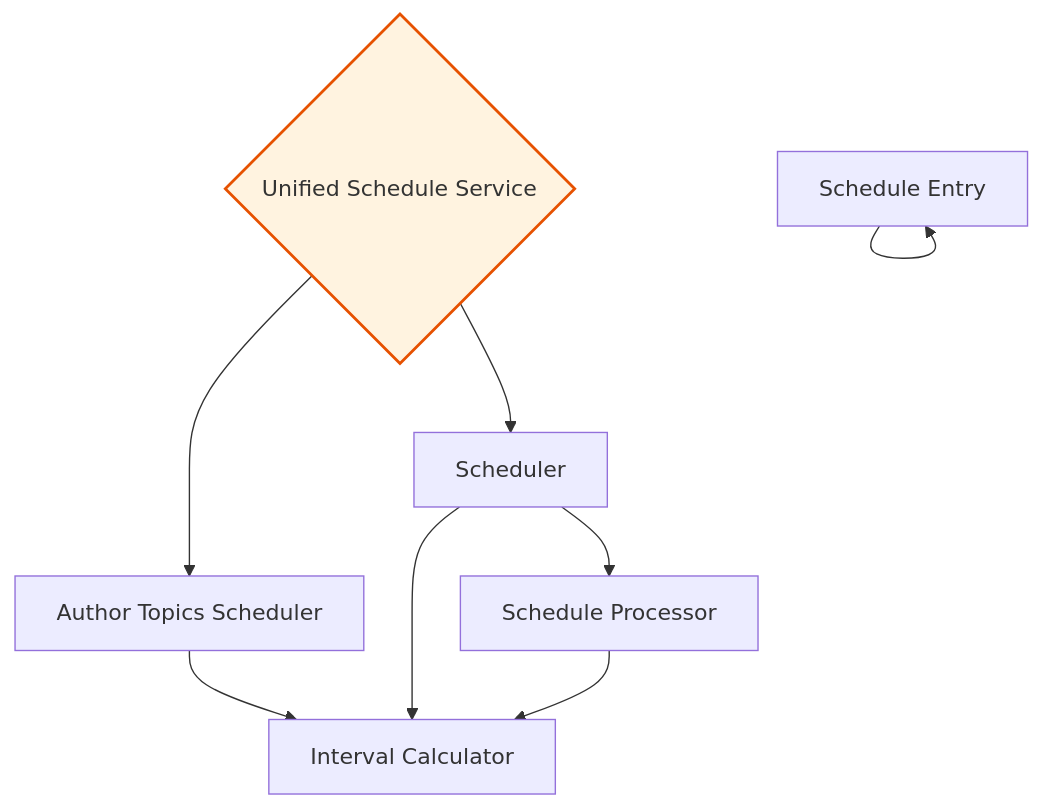
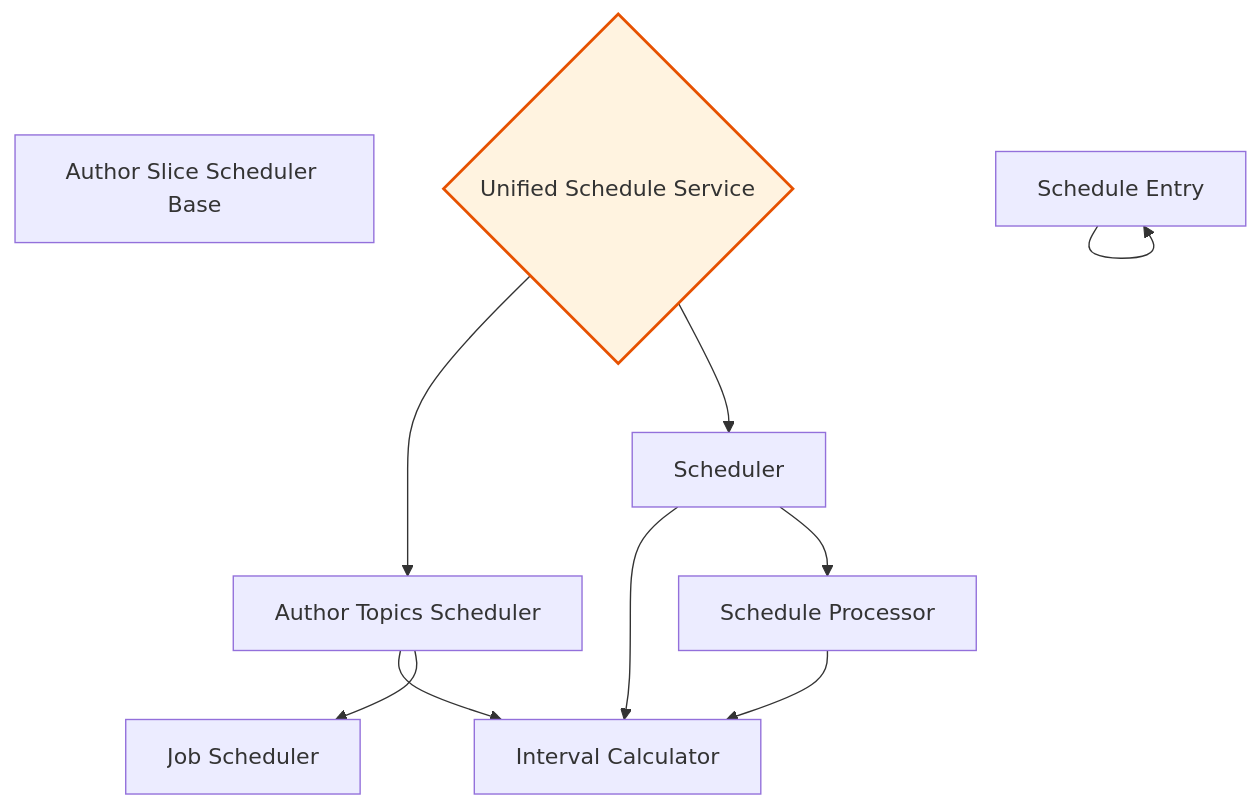
Before and after one commit to rpnunez/wp-ai-scheduler: the third of 19 diagrams in docs/feature-report.md, drawn with Mermaid. The commit also changed other lines of this file and 1 other file, not shown here.

````diff
--- a/docs/feature-report.md
+++ b/docs/feature-report.md
@@ -260,24 +269,27 @@
 ```mermaid
 flowchart TD
     %% Scheduling & Automation Architecture
 
+    Author_Slice_Scheduler_Base["Author Slice Scheduler Base"]
     Author_Topics_Scheduler["Author Topics Scheduler"]
     Interval_Calculator["Interval Calculator"]
     Schedule_Entry["Schedule Entry"]
     Schedule_Processor["Schedule Processor"]
     Scheduler["Scheduler"]
     Unified_Schedule_Service{"Unified Schedule Service"}
+    Job_Scheduler["Job Scheduler"]
 
     Author_Topics_Scheduler --> Interval_Calculator
+    Author_Topics_Scheduler --> Job_Scheduler
     Schedule_Entry --> Schedule_Entry
     Schedule_Processor --> Interval_Calculator
     Scheduler --> Interval_Calculator
     Scheduler --> Schedule_Processor
     Unified_Schedule_Service --> Author_Topics_Scheduler
     Unified_Schedule_Service --> Scheduler
 
     classDef repository fill:#e1f5ff,stroke:#01579b,stroke-width:2px
     classDef service fill:#fff3e0,stroke:#e65100,stroke-width:2px
     classDef controller fill:#f3e5f5,stroke:#4a148c,stroke-width:2px
     class Unified_Schedule_Service service
 ```
````
